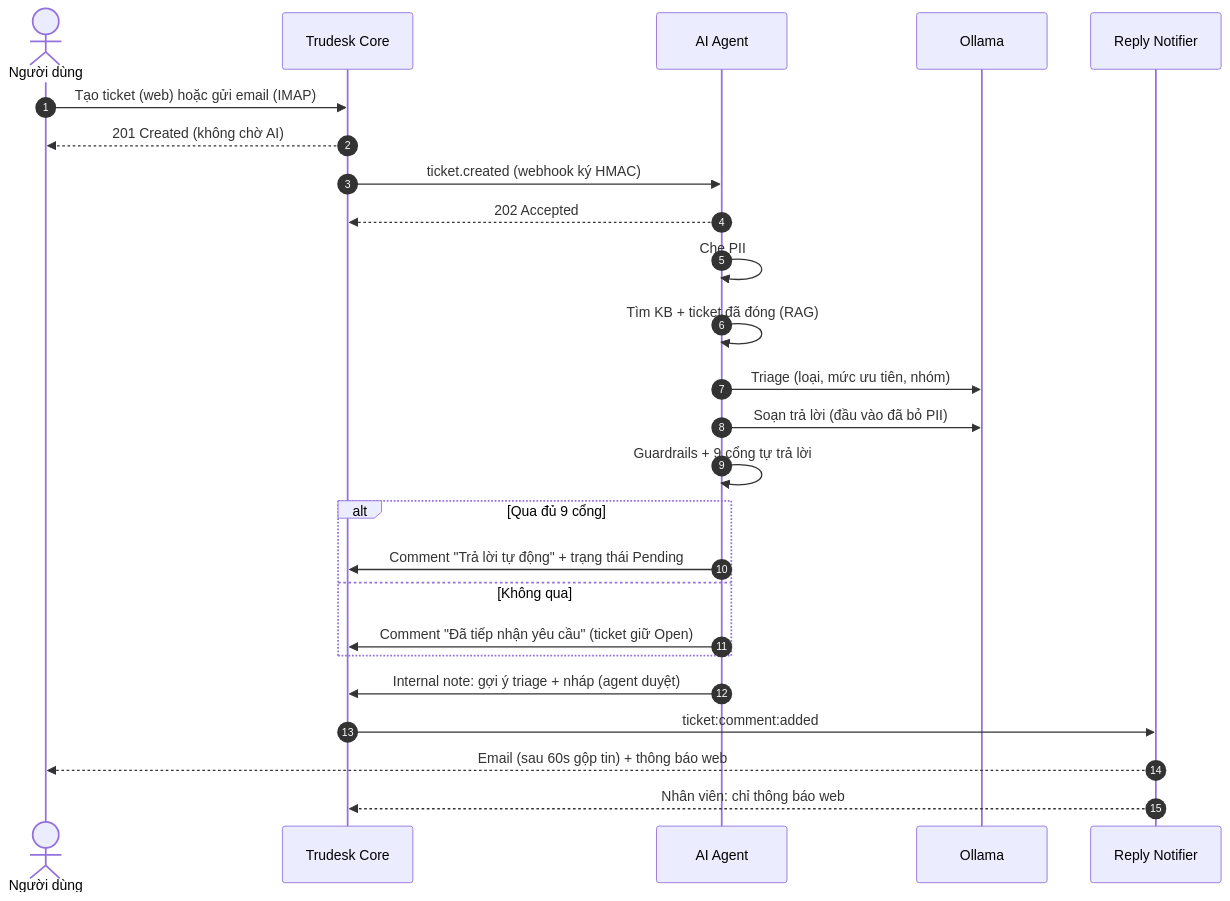
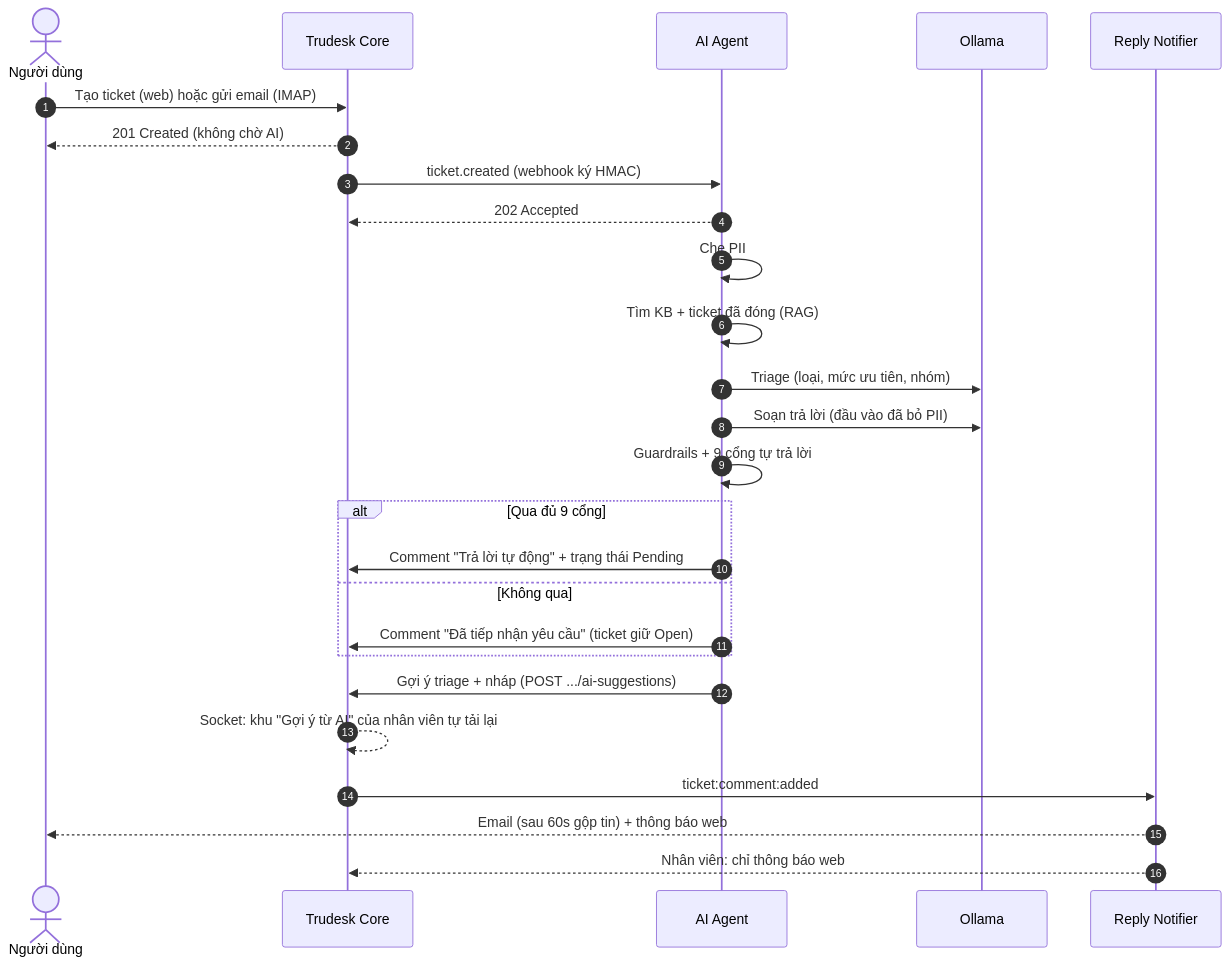
The third of 9 diagrams in docs/ai-agent-expansion.md (deckardLong/trudesk), drawn with Mermaid before and after one commit. The commit also changed other lines of this file and 34 other files, not shown here.

````diff
--- a/docs/ai-agent-expansion.md
+++ b/docs/ai-agent-expansion.md
@@ -186,28 +188,29 @@
 ```mermaid
 sequenceDiagram
     autonumber
     actor U as Người dùng
     participant C as Trudesk Core
     participant AI as AI Agent
     participant OL as Ollama
     participant N as Reply Notifier
 
     U->>C: Tạo ticket (web) hoặc gửi email (IMAP)
     C-->>U: 201 Created (không chờ AI)
     C->>AI: ticket.created (webhook ký HMAC)
     AI-->>C: 202 Accepted
     AI->>AI: Che PII
     AI->>AI: Tìm KB + ticket đã đóng (RAG)
     AI->>OL: Triage (loại, mức ưu tiên, nhóm)
     AI->>OL: Soạn trả lời (đầu vào đã bỏ PII)
     AI->>AI: Guardrails + 9 cổng tự trả lời
     alt Qua đủ 9 cổng
         AI->>C: Comment "Trả lời tự động" + trạng thái Pending
     else Không qua
         AI->>C: Comment "Đã tiếp nhận yêu cầu" (ticket giữ Open)
     end
-    AI->>C: Internal note: gợi ý triage + nháp (agent duyệt)
+    AI->>C: Gợi ý triage + nháp (POST .../ai-suggestions)
+    C-->>C: Socket: khu "Gợi ý từ AI" của nhân viên tự tải lại
     C->>N: ticket:comment:added
     N-->>U: Email (sau 60s gộp tin) + thông báo web
     N-->>C: Nhân viên: chỉ thông báo web
 ```
````
